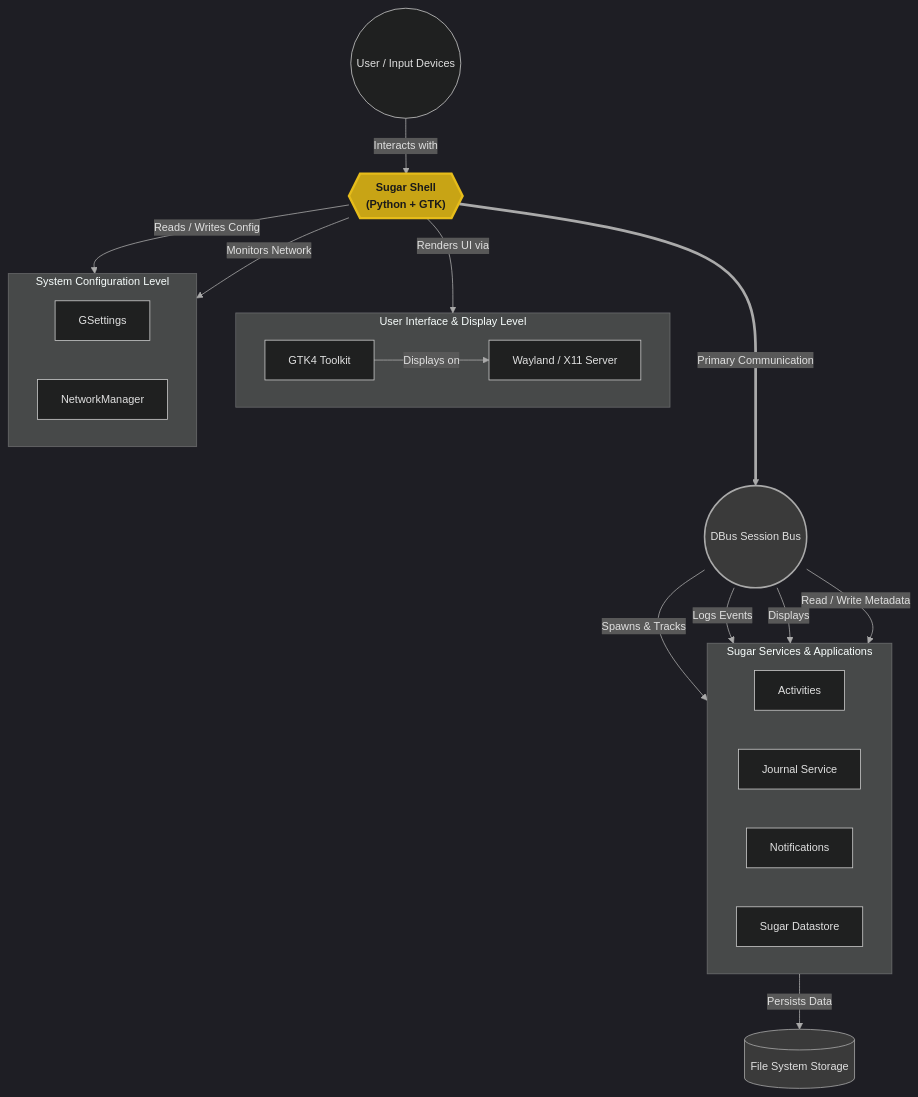
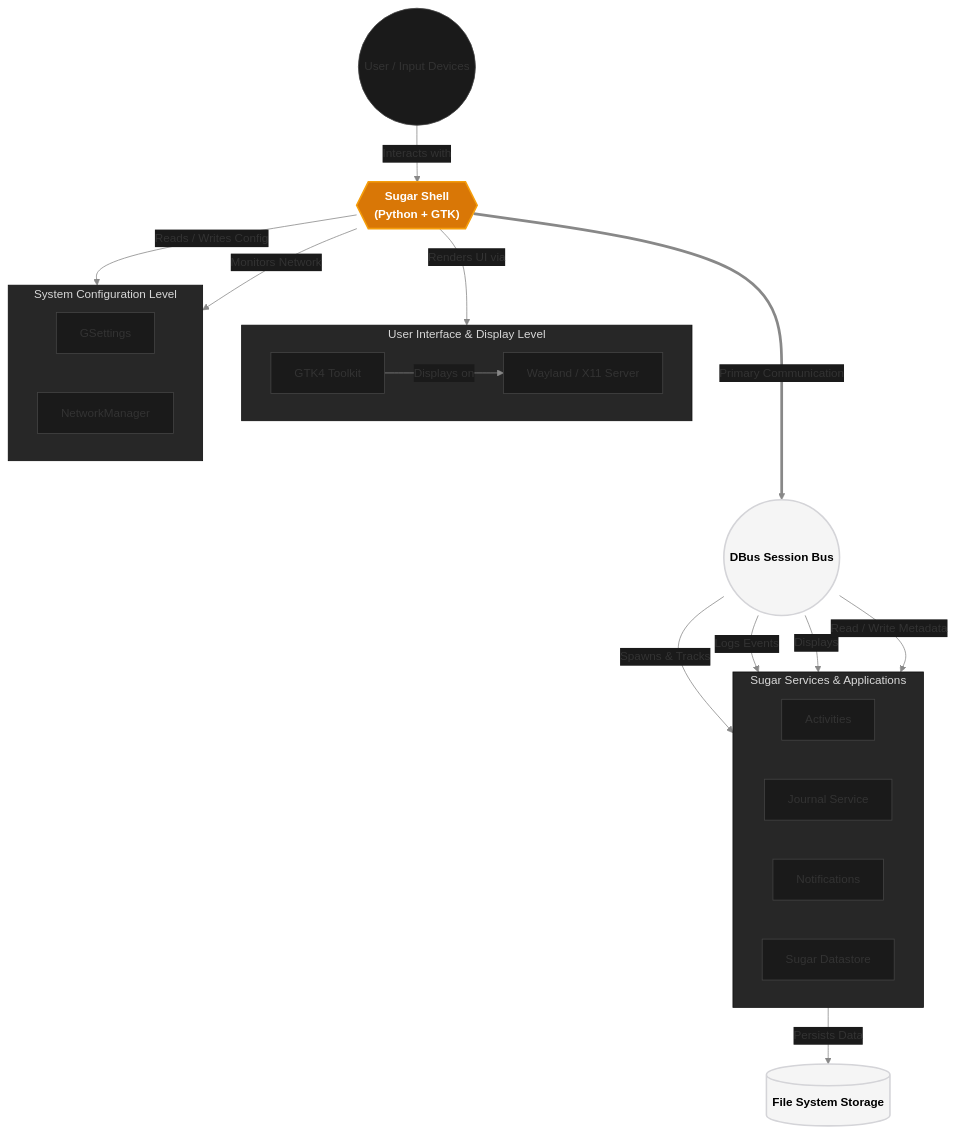
One commit to Dev10-sys/sugar-proposal-gtk changed the first of 9 diagrams in proposal.md. Above: the diagram before and after it, drawn with Mermaid. The commit also changed other lines of this file, not shown here.

Commit message:
Refine diagrams: dark black background, clean white/black high contrast elements, vibrant amber accent, engineer-level architectural styling

````diff
--- a/proposal.md
+++ b/proposal.md
@@ -158,47 +158,47 @@
 ```mermaid
-%%{init: {'theme': 'dark', 'themeVariables': {'primaryColor': '#2a2a2a', 'primaryBorderColor': '#888', 'lineColor': '#aaa', 'textColor': '#e0e0e0', 'fontSize': '14px'}}}%%
+%%{init: {'theme': 'base', 'themeVariables': {'background': '#0a0a0a', 'primaryColor': '#1a1a1a', 'primaryBorderColor': '#444444', 'lineColor': '#888888', 'textColor': '#ffffff', 'fontSize': '15px'}}}%%
 flowchart TD
     User(("User / Input Devices"))
 
     subgraph UI_Layer ["User Interface & Display Level"]
         direction LR
         GTK["GTK4 Toolkit"]
         Display["Wayland / X11 Server"]
     end
 
     Shell{{"Sugar Shell\n(Python + GTK)"}}
 
     subgraph Config_Layer ["System Configuration Level"]
         direction LR
         GSettings["GSettings"]
         NetworkManager["NetworkManager"]
     end
 
     DBus(("DBus Session Bus"))
 
     subgraph Services_Layer ["Sugar Services & Applications"]
         direction LR
         Activities["Activities"]
         Journal["Journal Service"]
         Notifications["Notifications"]
         Datastore["Sugar Datastore"]
     end
 
     Storage[("File System Storage")]
 
     User -->|Interacts with| Shell
     Shell -->|Renders UI via| GTK
     GTK -->|Displays on| Display
     Shell -->|Reads / Writes Config| GSettings
     Shell -->|Monitors Network| NetworkManager
     Shell ===>|Primary Communication| DBus
     DBus -->|Spawns & Tracks| Activities
     DBus -->|Logs Events| Journal
     DBus -->|Displays| Notifications
     DBus -->|Read / Write Metadata| Datastore
     Datastore -->|Persists Data| Storage
 
-    style Shell fill:#c8a415,stroke:#e6bc1a,stroke-width:3px,color:#1a1a1a,font-weight:bold
-    style DBus fill:#3a3a3a,stroke:#aaa,stroke-width:2px,color:#e0e0e0
-    style Storage fill:#3a3a3a,stroke:#aaa,stroke-width:1px,color:#e0e0e0
+    style Shell fill:#d97706,stroke:#f59e0b,stroke-width:2px,color:#ffffff,font-weight:bold
+    style DBus fill:#f5f5f5,stroke:#d4d4d8,stroke-width:2px,color:#000000,font-weight:bold
+    style Storage fill:#f5f5f5,stroke:#d4d4d8,stroke-width:2px,color:#000000,font-weight:bold
 ```
````
